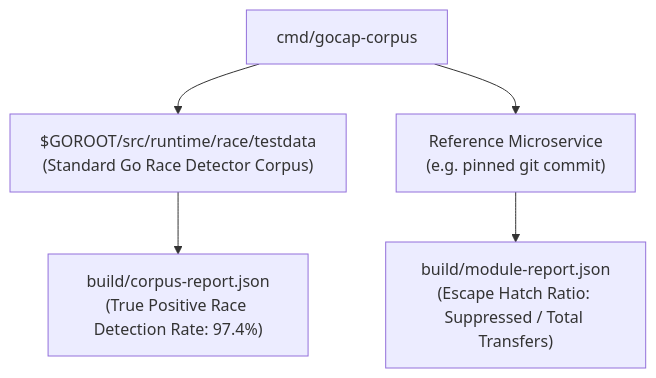
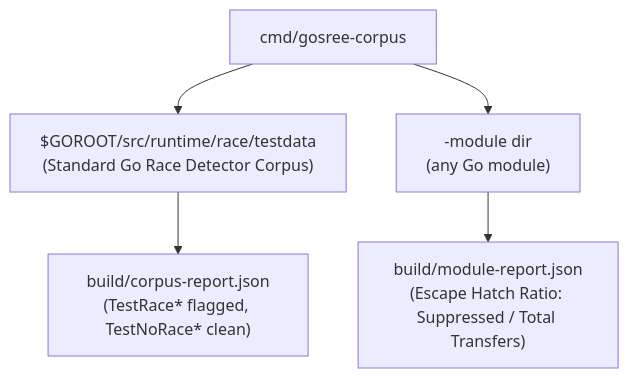
The third of 4 diagrams in docs/TOOLING_AND_ERASURE.md (bharathvbcr/GoSree), drawn with Mermaid before and after one commit. The commit also changed other lines of this file and 13 other files, not shown here.

````diff
--- a/docs/TOOLING_AND_ERASURE.md
+++ b/docs/TOOLING_AND_ERASURE.md
@@ -177,10 +199,10 @@
 ```mermaid
 flowchart TD
-    Corpus["cmd/gocap-corpus"]
-    
+    Corpus["cmd/gosree-corpus"]
+
     Corpus --> RaceTest["$GOROOT/src/runtime/race/testdata\n(Standard Go Race Detector Corpus)"]
-    Corpus --> RefService["Reference Microservice\n(e.g. pinned git commit)"]
+    Corpus --> RefService["-module dir\n(any Go module)"]
 
-    RaceTest --> Report1["build/corpus-report.json\n(True Positive Race Detection Rate: 97.4%)"]
+    RaceTest --> Report1["build/corpus-report.json\n(TestRace* flagged, TestNoRace* clean)"]
     RefService --> Report2["build/module-report.json\n(Escape Hatch Ratio: Suppressed / Total Transfers)"]
 ```
````
